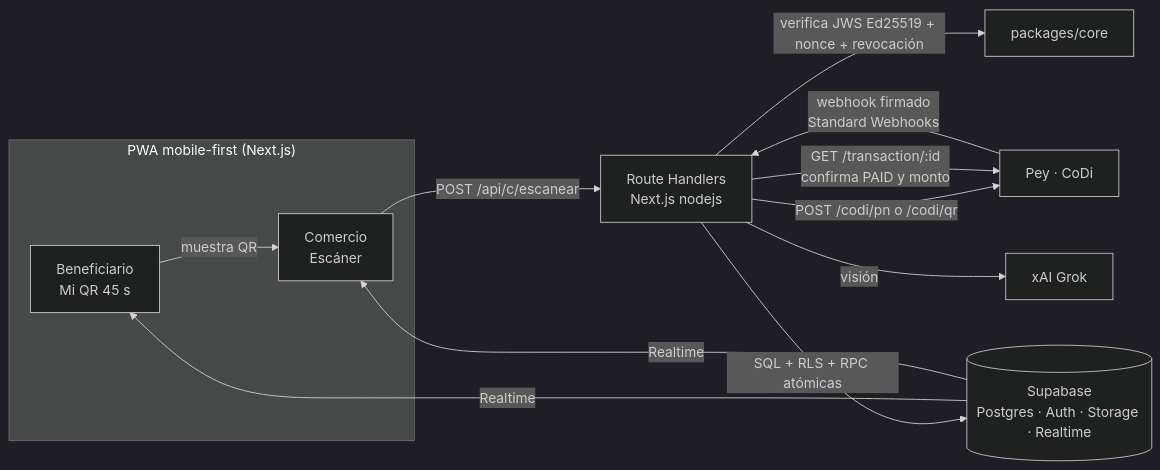
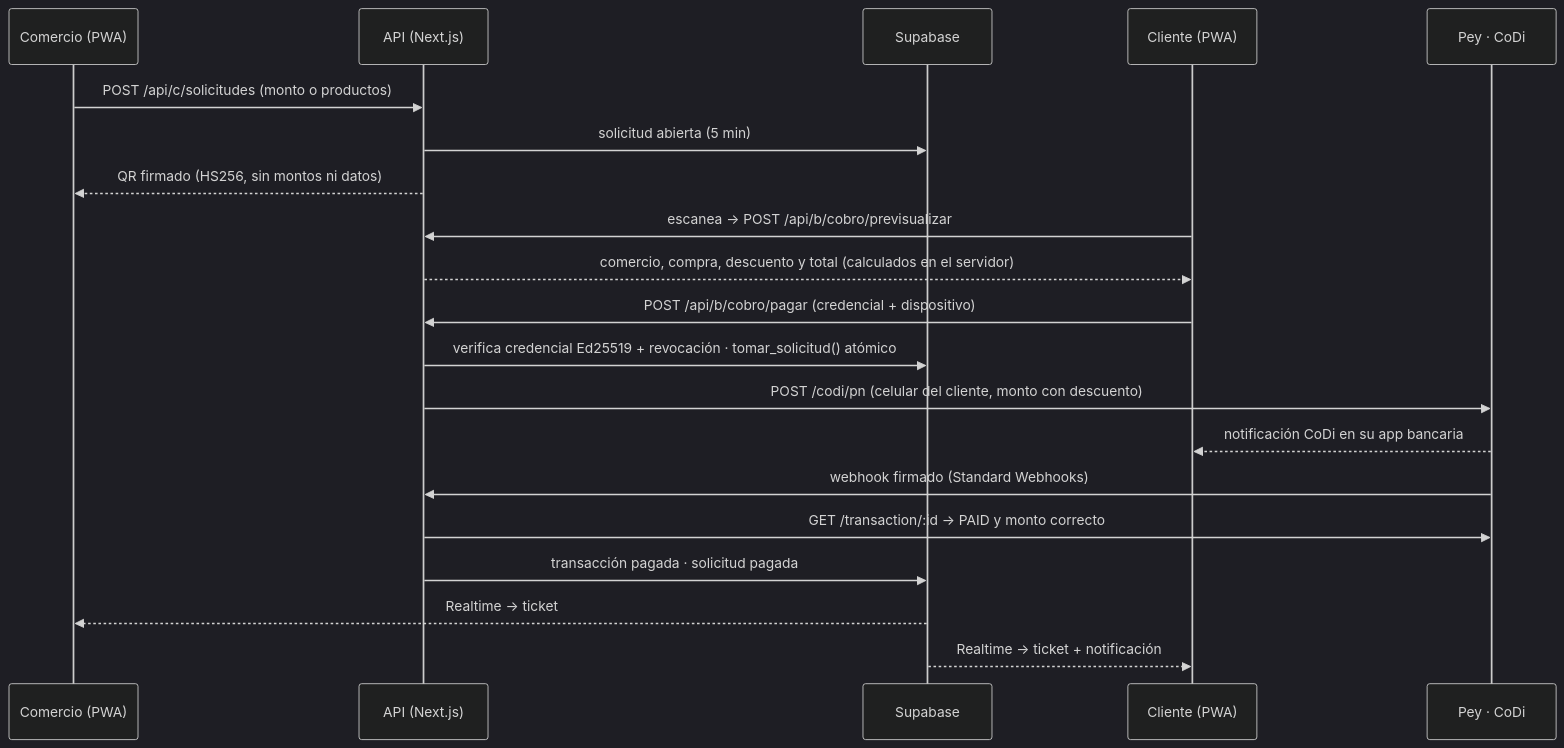
One commit to yhir4m/project2 changed the diagram in README.md. Above: the diagram before and after it, drawn with Mermaid (dark theme). The commit also changed other lines of this file and 59 other files, not shown here.

````diff
--- a/README.md
+++ b/README.md
@@ -11,15 +11,22 @@
 ```mermaid
-flowchart LR
-  subgraph Cliente["PWA mobile-first (Next.js)"]
-    B[Beneficiario<br/>Mi QR 45 s] -->|muestra QR| C[Comercio<br/>Escáner]
-  end
-  C -->|POST /api/c/escanear| API[Route Handlers<br/>Next.js nodejs]
-  API -->|verifica JWS Ed25519 + nonce + revocación| CORE[packages/core]
-  API -->|SQL + RLS + RPC atómicas| DB[(Supabase<br/>Postgres · Auth · Storage · Realtime)]
-  API -->|POST /codi/pn o /codi/qr| PEY[Pey · CoDi]
-  PEY -->|webhook firmado<br/>Standard Webhooks| API
-  API -->|GET /transaction/:id<br/>confirma PAID y monto| PEY
-  DB -->|Realtime| B
-  DB -->|Realtime| C
-  API -->|visión| XAI[xAI Grok]
+sequenceDiagram
+  participant C as Comercio (PWA)
+  participant API as API (Next.js)
+  participant DB as Supabase
+  participant B as Cliente (PWA)
+  participant P as Pey · CoDi
+  C->>API: POST /api/c/solicitudes (monto o productos)
+  API->>DB: solicitud abierta (5 min)
+  API-->>C: QR firmado (HS256, sin montos ni datos)
+  B->>API: escanea → POST /api/b/cobro/previsualizar
+  API-->>B: comercio, compra, descuento y total (calculados en el servidor)
+  B->>API: POST /api/b/cobro/pagar (credencial + dispositivo)
+  API->>DB: verifica credencial Ed25519 + revocación · tomar_solicitud() atómico
+  API->>P: POST /codi/pn (celular del cliente, monto con descuento)
+  P-->>B: notificación CoDi en su app bancaria
+  P->>API: webhook firmado (Standard Webhooks)
+  API->>P: GET /transaction/:id → PAID y monto correcto
+  API->>DB: transacción pagada · solicitud pagada
+  DB-->>C: Realtime → ticket
+  DB-->>B: Realtime → ticket + notificación
 ```
````
